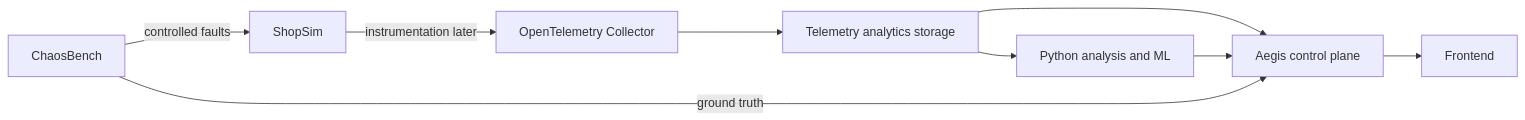
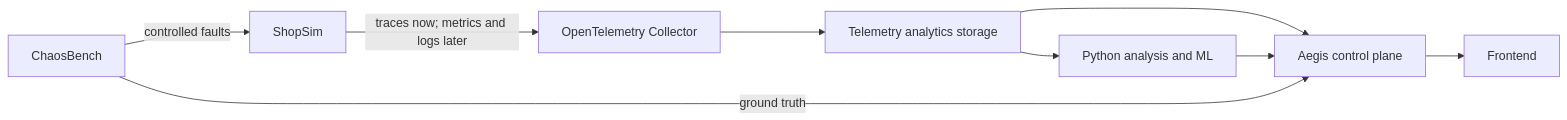
One commit to OzielSauceda/aegis-resilience-platform changed the third of 3 diagrams in docs/architecture/architecture-v0.md. Above: the diagram before and after it, drawn with Mermaid. The commit also changed other lines of this file and 23 other files, not shown here.

Commit message:
feat: add ShopSim distributed tracing and observability

````diff
--- a/docs/architecture/architecture-v0.md
+++ b/docs/architecture/architecture-v0.md
@@ -34,11 +48,11 @@
 ```mermaid
 flowchart LR
-    ShopSim -->|instrumentation later| Collector[OpenTelemetry Collector]
+    ShopSim -->|traces now; metrics and logs later| Collector[OpenTelemetry Collector]
     Collector --> Storage[Telemetry analytics storage]
     Storage --> Analysis[Python analysis and ML]
     Storage --> Control[Aegis control plane]
     Analysis --> Control
     Control --> UI[Frontend]
     ChaosBench -->|controlled faults| ShopSim
     ChaosBench -->|ground truth| Control
 ```
````
